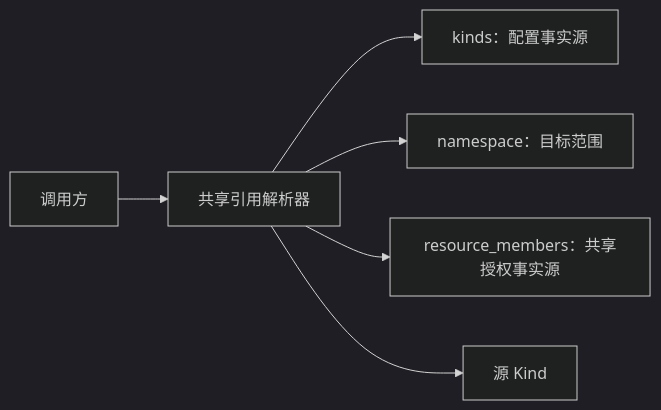
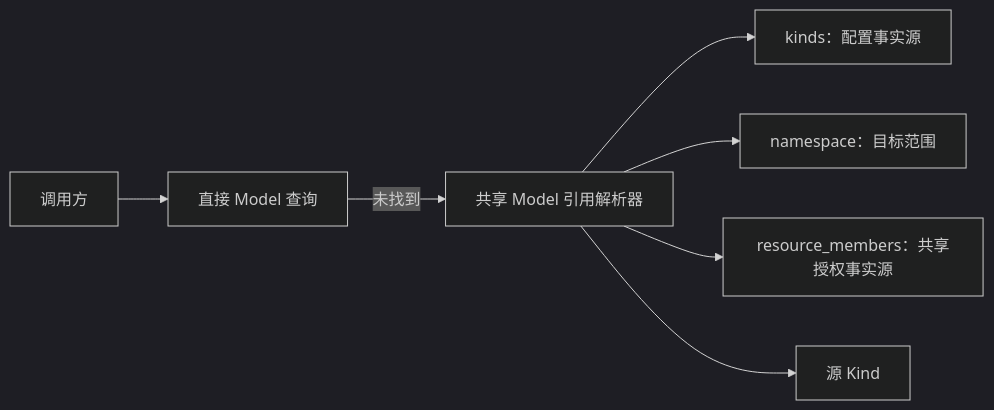
Before and after one commit to wecode-ai/Wegent: the first of 2 diagrams in docs/zh/architecture/capability-reference-resolution.md, drawn with Mermaid (dark theme). The commit also changed other lines of this file and 6 other files, not shown here.

````diff
--- a/docs/zh/architecture/capability-reference-resolution.md
+++ b/docs/zh/architecture/capability-reference-resolution.md
@@ -13,8 +13,9 @@
 ```mermaid
 flowchart LR
-    C["调用方"] --> R["共享引用解析器"]
+    C["调用方"] --> D["直接 Model 查询"]
+    D -->|未找到| R["共享 Model 引用解析器"]
     R --> K["kinds：配置事实源"]
     R --> N["namespace：目标范围"]
     R --> M["resource_members：共享授权事实源"]
     R --> S["源 Kind"]
 ```
````
